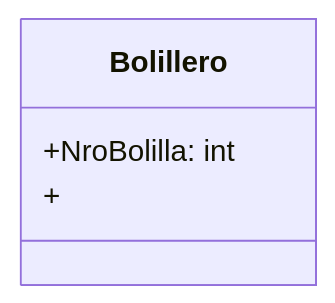
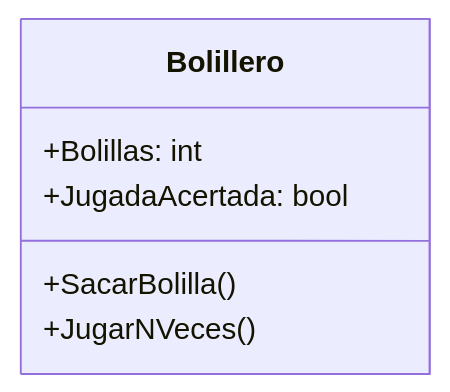
One commit to SaraCastro124/Tp-bolillero changed the diagram in docs/README.md. Above: the diagram before and after it, drawn with Mermaid. The commit also changed other lines of this file and 4 other files, not shown here.

````diff
--- a/docs/README.md
+++ b/docs/README.md
@@ -3,7 +3,10 @@
 ```mermaid
 classDiagram
     class Bolillero{
-        +NroBolilla: int
-        +
+        +Bolillas<list>: int
+        +JugadaAcertada: bool
+        +SacarBolilla()
+        +JugarNVeces()
     }
+    
 ```
````
